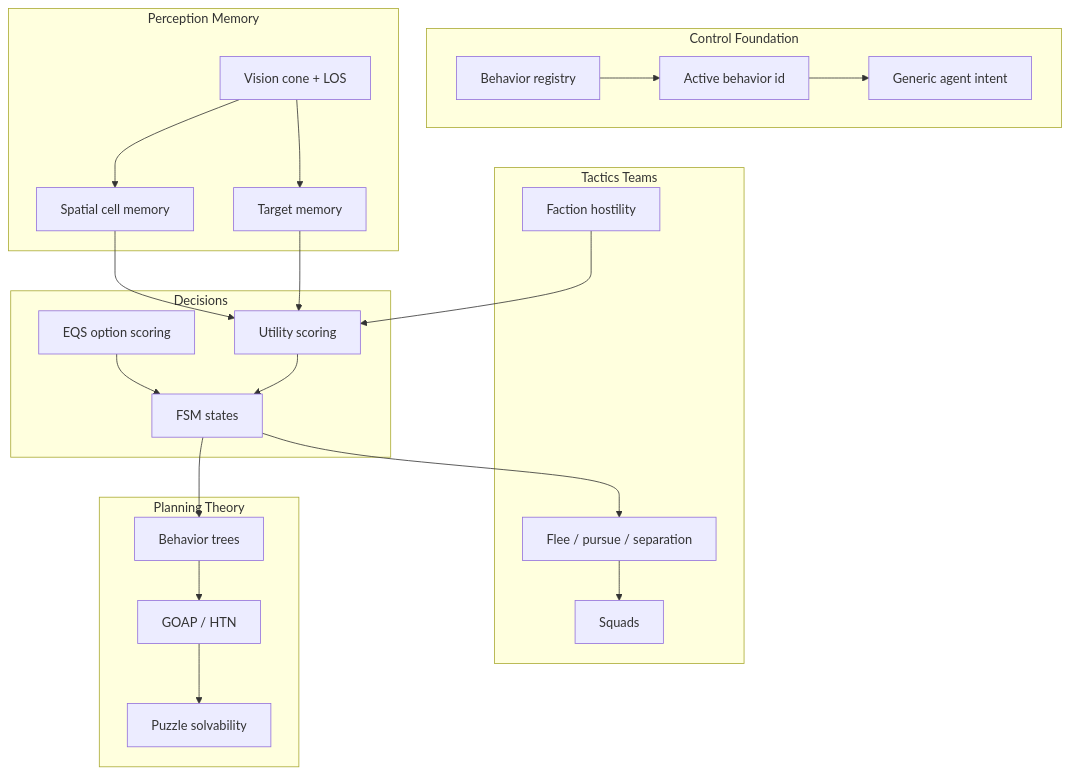
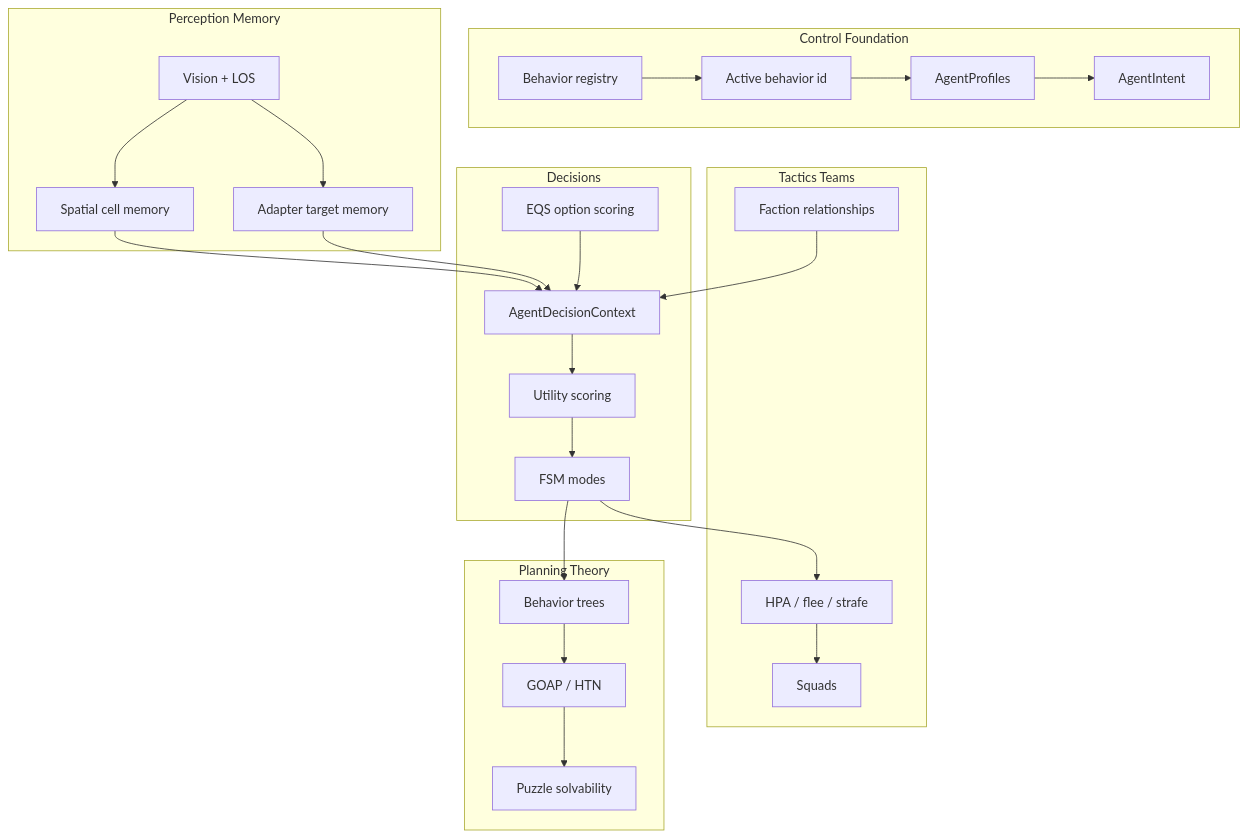
One commit to mistercatface/tower changed the diagram in Plans/AI.md. Above: the diagram before and after it, drawn with Mermaid. The commit also changed other lines of this file and 26 other files, not shown here.

````diff
--- a/Plans/AI.md
+++ b/Plans/AI.md
@@ -37,46 +37,45 @@
 ```mermaid
 flowchart TB
     subgraph t0 [Control Foundation]
         behavior["Behavior registry"]
         active["Active behavior id"]
-        intent["Generic agent intent"]
+        intent["AgentIntent"]
+        profiles["AgentProfiles"]
     end
 
     subgraph t1 [Perception Memory]
-        vision["Vision cone + LOS"]
+        vision["Vision + LOS"]
         spatial["Spatial cell memory"]
-        target["Target memory"]
+        target["Adapter target memory"]
     end
 
     subgraph t2 [Decisions]
-        fsm["FSM states"]
+        ctx["AgentDecisionContext"]
         utility["Utility scoring"]
         eqs["EQS option scoring"]
+        fsm["FSM modes"]
     end
 
     subgraph t3 [Tactics Teams]
-        steering["Flee / pursue / separation"]
-        factions["Faction hostility"]
+        steering["HPA / flee / strafe"]
+        factions["Faction relationships"]
         squads["Squads"]
     end
 
     subgraph t4 [Planning Theory]
         bt["Behavior trees"]
         goap["GOAP / HTN"]
         solver["Puzzle solvability"]
     end
 
-    behavior --> active --> intent
+    behavior --> active --> profiles --> intent
     vision --> spatial
     vision --> target
-    spatial --> utility
-    target --> utility
-    eqs --> fsm
-    utility --> fsm
+    spatial --> ctx
+    target --> ctx
+    eqs --> ctx --> utility --> fsm
     fsm --> steering
-    factions --> utility
+    factions --> ctx
     steering --> squads
-    fsm --> bt
-    bt --> goap
-    goap --> solver
+    fsm --> bt --> goap --> solver
 ```
````
